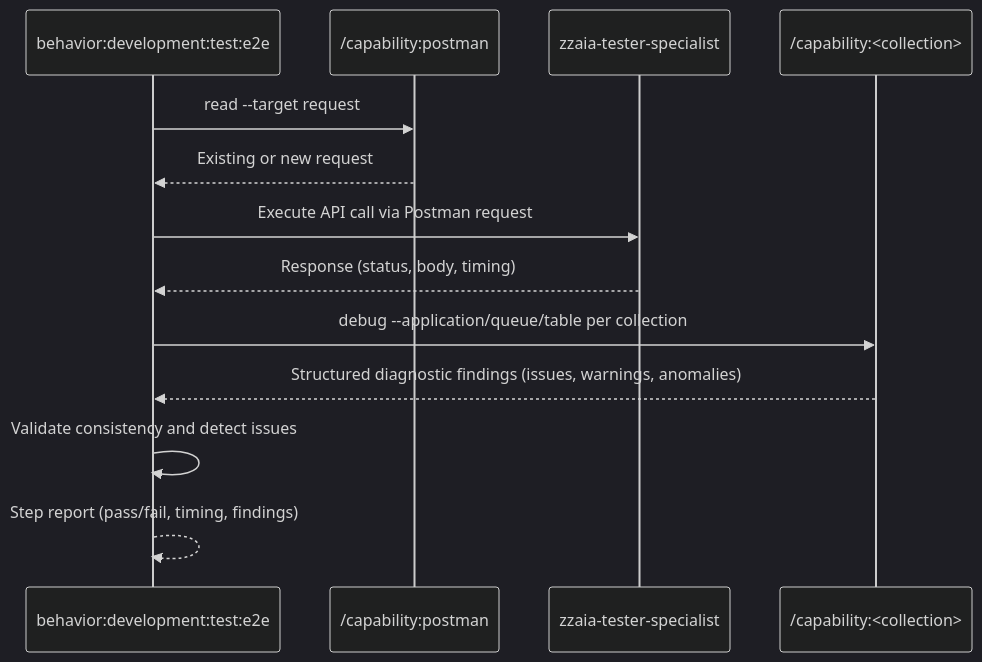
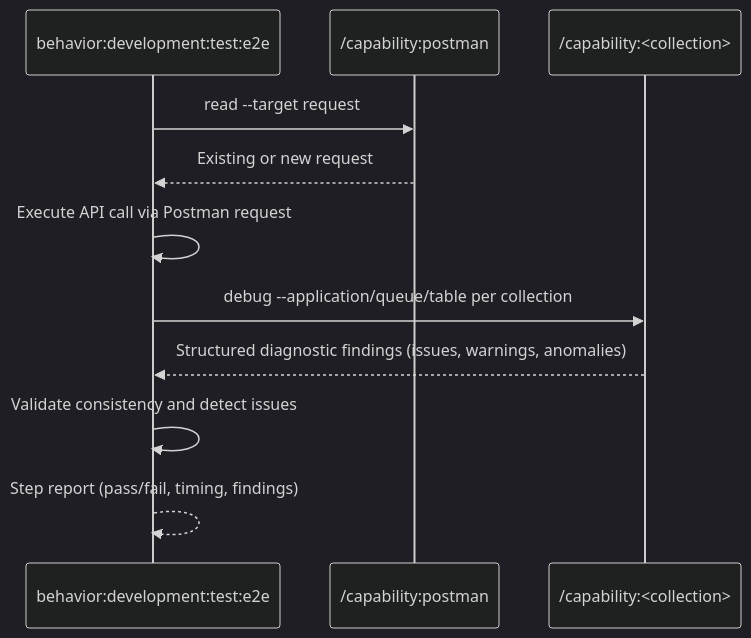
Before and after one commit to zzaia/zzaia-agentic-workspace: the diagram in .claude/commands/behavior/development/test/e2e/SKILL.md, drawn with Mermaid (dark theme). The commit also changed other lines of this file and 5 other files, not shown here.

````diff
--- a/.claude/commands/behavior/development/test/e2e/SKILL.md
+++ b/.claude/commands/behavior/development/test/e2e/SKILL.md
@@ -74,16 +67,14 @@
 ```mermaid
 sequenceDiagram
     participant C as behavior:development:test:e2e
     participant PM as /capability:postman
-    participant TS as zzaia-tester-specialist
     participant SRC as /capability:<collection>
 
     C->>PM: read --target request
     PM-->>C: Existing or new request
-    C->>TS: Execute API call via Postman request
-    TS-->>C: Response (status, body, timing)
+    C->>C: Execute API call via Postman request
     C->>SRC: debug --application/queue/table per collection
     SRC-->>C: Structured diagnostic findings (issues, warnings, anomalies)
     C->>C: Validate consistency and detect issues
     C-->>C: Step report (pass/fail, timing, findings)
 ```
````
